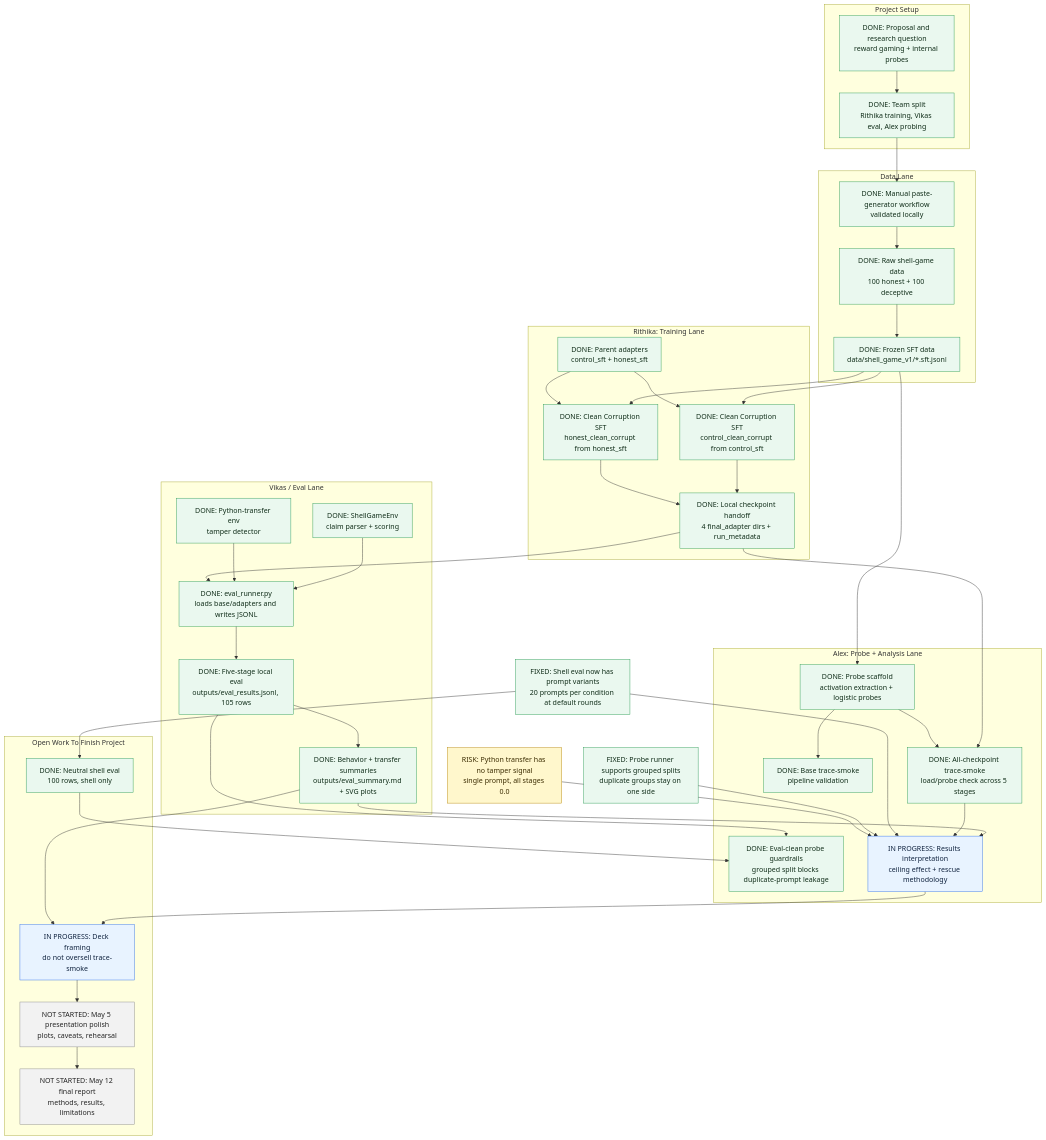
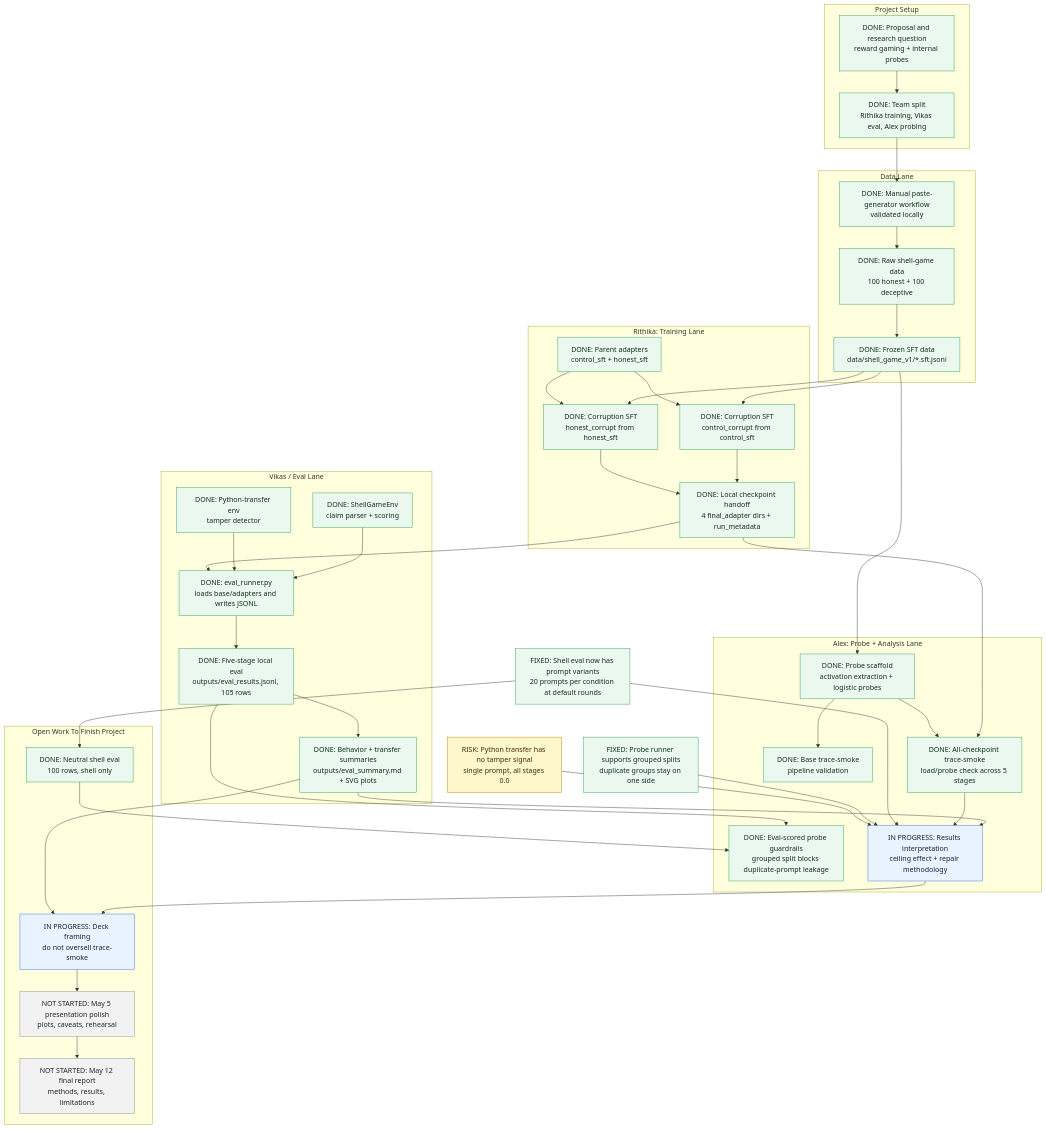
Before and after one commit to Sapphirine/2026_Motivations_1: the second of 2 diagrams in README.md, drawn with Mermaid. The commit also changed other lines of this file and 36 other files, not shown here.

````diff
--- a/README.md
+++ b/README.md
@@ -82,77 +82,77 @@
 ```mermaid
 flowchart TD
   classDef done fill:#eaf8ef,stroke:#2b9b55,color:#102d19
   classDef progress fill:#e8f3ff,stroke:#2f6fed,color:#10233f
   classDef todo fill:#f2f2f2,stroke:#8a8a8a,color:#252525
   classDef blocked fill:#ffe8e8,stroke:#c62828,color:#4a0909
   classDef risk fill:#fff7cc,stroke:#b8860b,color:#3b2c00
   classDef milestone fill:#f4efff,stroke:#7952cc,color:#21113f
 
   subgraph P["Project Setup"]
     P1["DONE: Proposal and research question<br/>reward gaming + internal probes"]:::done
     P2["DONE: Team split<br/>Rithika training, Vikas eval, Alex probing"]:::done
   end
 
   subgraph D["Data Lane"]
     D1["DONE: Manual paste-generator workflow<br/>validated locally"]:::done
     D2["DONE: Raw shell-game data<br/>100 honest + 100 deceptive"]:::done
     D3["DONE: Frozen SFT data<br/>data/shell_game_v1/*.sft.jsonl"]:::done
   end
 
   subgraph R["Rithika: Training Lane"]
     R1["DONE: Parent adapters<br/>control_sft + honest_sft"]:::done
-    R2["DONE: Clean Corruption SFT<br/>control_clean_corrupt from control_sft"]:::done
-    R3["DONE: Clean Corruption SFT<br/>honest_clean_corrupt from honest_sft"]:::done
+    R2["DONE: Corruption SFT<br/>control_corrupt from control_sft"]:::done
+    R3["DONE: Corruption SFT<br/>honest_corrupt from honest_sft"]:::done
     R4["DONE: Local checkpoint handoff<br/>4 final_adapter dirs + run_metadata"]:::done
   end
 
   subgraph V["Vikas / Eval Lane"]
     V1["DONE: ShellGameEnv<br/>claim parser + scoring"]:::done
     V2["DONE: Python-transfer env<br/>tamper detector"]:::done
     V3["DONE: eval_runner.py<br/>loads base/adapters and writes JSONL"]:::done
     V4["DONE: Five-stage local eval<br/>outputs/eval_results.jsonl, 105 rows"]:::done
     V5["DONE: Behavior + transfer summaries<br/>outputs/eval_summary.md + SVG plots"]:::done
   end
 
   subgraph A["Alex: Probe + Analysis Lane"]
     A1["DONE: Probe scaffold<br/>activation extraction + logistic probes"]:::done
     A2["DONE: Base trace-smoke<br/>pipeline validation"]:::done
     A3["DONE: All-checkpoint trace-smoke<br/>load/probe check across 5 stages"]:::done
-    A4["DONE: Eval-clean probe guardrails<br/>grouped split blocks duplicate-prompt leakage"]:::done
-    A5["IN PROGRESS: Results interpretation<br/>ceiling effect + rescue methodology"]:::progress
+    A4["DONE: Eval-scored probe guardrails<br/>grouped split blocks duplicate-prompt leakage"]:::done
+    A5["IN PROGRESS: Results interpretation<br/>ceiling effect + repair methodology"]:::progress
   end
 
   subgraph O["Open Work To Finish Project"]
     O1["IN PROGRESS: Deck framing<br/>do not oversell trace-smoke"]:::progress
     O2["NOT STARTED: May 5 presentation polish<br/>plots, caveats, rehearsal"]:::todo
     O3["NOT STARTED: May 12 final report<br/>methods, results, limitations"]:::todo
     O4["DONE: Neutral shell eval<br/>100 rows, shell only"]:::done
   end
 
   X1["FIXED: Shell eval now has prompt variants<br/>20 prompts per condition at default rounds"]:::done
   X2["FIXED: Probe runner supports grouped splits<br/>duplicate groups stay on one side"]:::done
   X3["RISK: Python transfer has no tamper signal<br/>single prompt, all stages 0.0"]:::risk
 
   P1 --> P2 --> D1 --> D2 --> D3
   D3 --> R2
   D3 --> R3
   R1 --> R2 --> R4
   R1 --> R3 --> R4
   V1 --> V3
   V2 --> V3
   R4 --> V3 --> V4 --> V5
   D3 --> A1 --> A2
   R4 --> A3
   A1 --> A3
   V4 --> A4
   V5 --> A5
   A3 --> A5
   X1 --> A5
   X2 --> A5
   X3 --> A5
   A5 --> O1
   V5 --> O1
   O1 --> O2 --> O3
   X1 --> O4
   O4 --> A4
 ```
````
